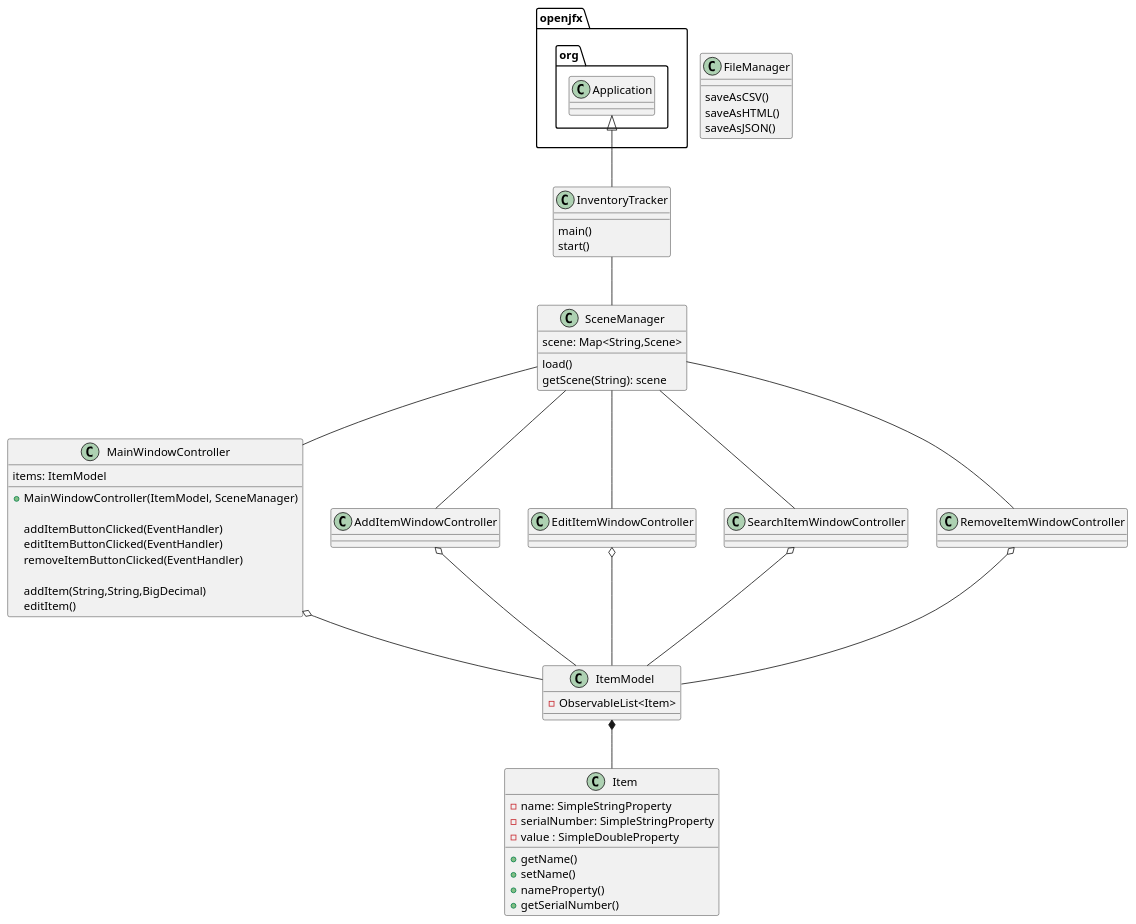
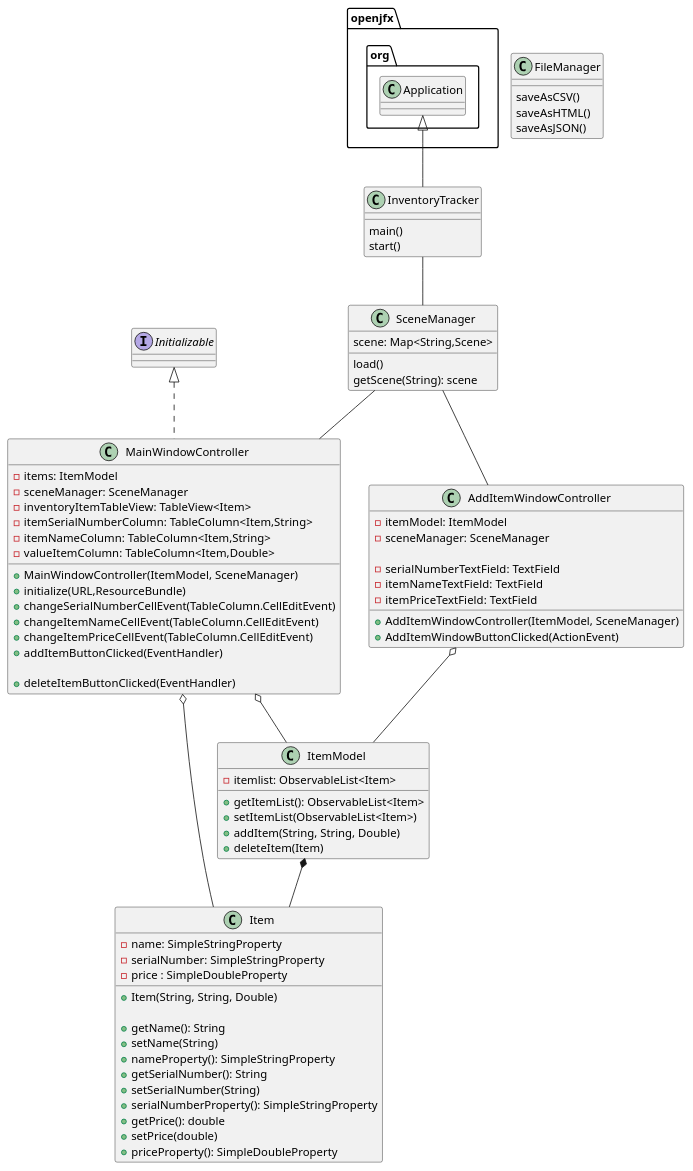
Before and after one commit to dangh2809/dang-1526-a5: the diagram in uml/Inventory App.puml, drawn with PlantUML. The commit also changed 2 other files, not shown here.

```diff
--- a/uml/Inventory App.puml
+++ b/uml/Inventory App.puml
@@ -1,68 +1,83 @@
 @startuml
 'https://plantuml.com/class-diagram
 class InventoryTracker{
     main()
     start()
 }
 class SceneManager{
     scene: Map<String,Scene>
 
     load()
     getScene(String): scene
 }
-class MainWindowController{
-    items: ItemModel
+class MainWindowController implements Initializable{
+    -items: ItemModel
+    -sceneManager: SceneManager
+    -inventoryItemTableView: TableView<Item>
+    -itemSerialNumberColumn: TableColumn<Item,String>
+    -itemNameColumn: TableColumn<Item,String>
+    -valueItemColumn: TableColumn<Item,Double>
+
+
     +MainWindowController(ItemModel, SceneManager)
+    +initialize(URL,ResourceBundle)
+    +changeSerialNumberCellEvent(TableColumn.CellEditEvent)
+    +changeItemNameCellEvent(TableColumn.CellEditEvent)
+    +changeItemPriceCellEvent(TableColumn.CellEditEvent)
+    +addItemButtonClicked(EventHandler)
 
-    addItemButtonClicked(EventHandler)
-    editItemButtonClicked(EventHandler)
-    removeItemButtonClicked(EventHandler)
-
-    addItem(String,String,BigDecimal)
-    editItem()
-
+    +deleteItemButtonClicked(EventHandler)
 
 }
 class AddItemWindowController{
+    -itemModel: ItemModel
+    -sceneManager: SceneManager
+
+    -serialNumberTextField: TextField
+    -itemNameTextField: TextField
+    -itemPriceTextField: TextField
+
+    +AddItemWindowController(ItemModel, SceneManager)
+    +AddItemWindowButtonClicked(ActionEvent)
 
 }
-class EditItemWindowController{
-}
-class SearchItemWindowController{
-}
-class SearchItemWindowController{
-}
-class RemoveItemWindowController{
-}
 class ItemModel{
-    - ObservableList<Item>
+    - itemlist: ObservableList<Item>
+
+    +getItemList(): ObservableList<Item>
+    +setItemList(ObservableList<Item>)
+    +addItem(String, String, Double)
+    +deleteItem(Item)
+
 }
 class Item{
     -name: SimpleStringProperty
-    - serialNumber: SimpleStringProperty
-    - value : SimpleDoubleProperty
+    -serialNumber: SimpleStringProperty
+    - price : SimpleDoubleProperty
 
-    +getName()
-    +setName()
-    +nameProperty()
-    +getSerialNumber()
+    +Item(String, String, Double)
+
+    +getName(): String
+    +setName(String)
+    +nameProperty(): SimpleStringProperty
+    +getSerialNumber(): String
+    +setSerialNumber(String)
+    +serialNumberProperty(): SimpleStringProperty
+    +getPrice(): double
+    +setPrice(double)
+    +priceProperty(): SimpleDoubleProperty
 }
 class FileManager{
     saveAsCSV()
     saveAsHTML()
     saveAsJSON()
 }
 openjfx.org.Application <|-- InventoryTracker
 InventoryTracker -- SceneManager
 SceneManager -- MainWindowController
 SceneManager -- AddItemWindowController
-SceneManager -- EditItemWindowController
-SceneManager -- SearchItemWindowController
-SceneManager -- RemoveItemWindowController
 MainWindowController o-- ItemModel
+MainWindowController o-- Item
 AddItemWindowController o-- ItemModel
-EditItemWindowController  o-- ItemModel
-SearchItemWindowController o-- ItemModel
-RemoveItemWindowController o-- ItemModel
 ItemModel *-- Item
 @enduml
```
